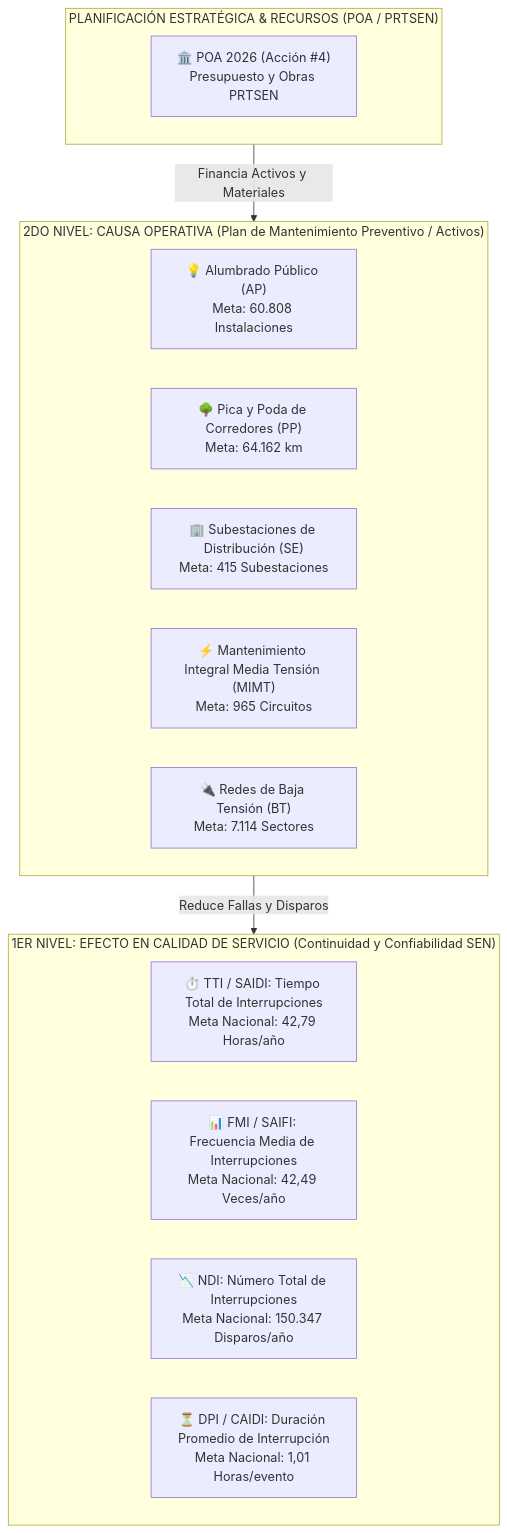
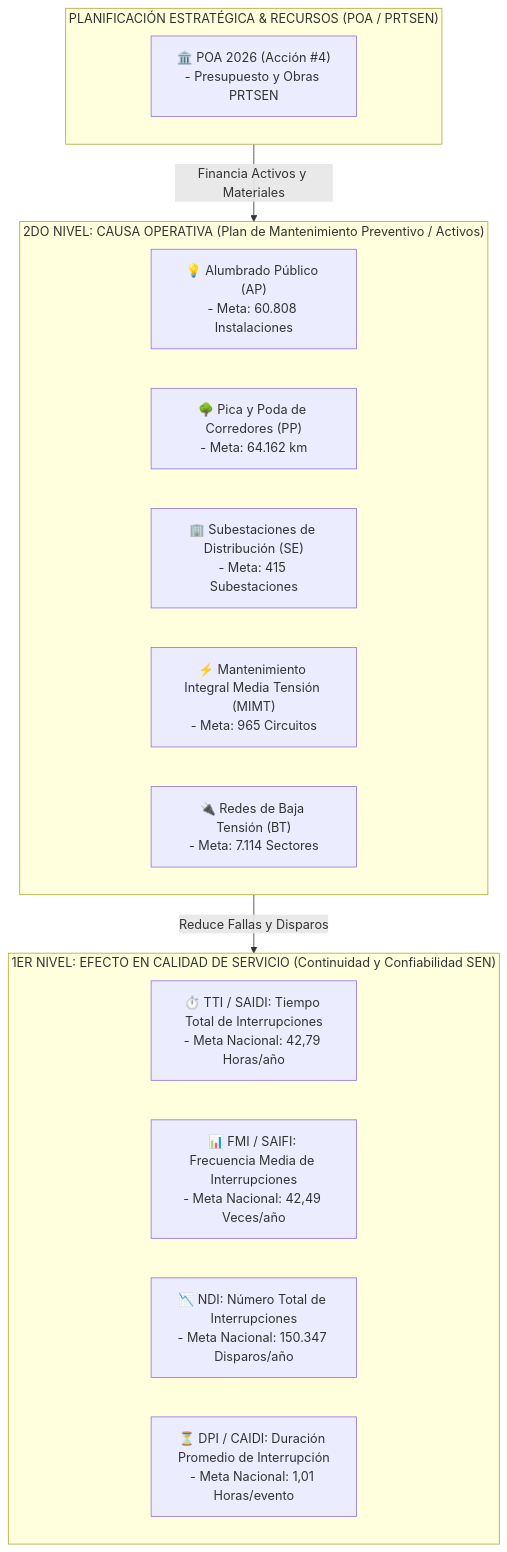
The diagram in docs/analisis_metas_2026.md (skidrowkodex-wq/ggpd_repositorio_maestro), drawn with Mermaid before and after one commit. The commit also changed 31 other files, not shown here.

````diff
--- a/docs/analisis_metas_2026.md
+++ b/docs/analisis_metas_2026.md
@@ -34,24 +34,34 @@
 ```mermaid
 graph TD
     subgraph SegundoNivel["2DO NIVEL: CAUSA OPERATIVA (Plan de Mantenimiento Preventivo / Activos)"]
-        AP["💡 Alumbrado Público (AP)<br/>Meta: 60.808 Instalaciones"]
-        PP["🌳 Pica y Poda de Corredores (PP)<br/>Meta: 64.162 km"]
-        SE["🏢 Subestaciones de Distribución (SE)<br/>Meta: 415 Subestaciones"]
-        MT["⚡ Mantenimiento Integral Media Tensión (MIMT)<br/>Meta: 965 Circuitos"]
-        BT["🔌 Redes de Baja Tensión (BT)<br/>Meta: 7.114 Sectores"]
+        AP["💡 Alumbrado Público (AP)
+- Meta: 60.808 Instalaciones"]
+        PP["🌳 Pica y Poda de Corredores (PP)
+- Meta: 64.162 km"]
+        SE["🏢 Subestaciones de Distribución (SE)
+- Meta: 415 Subestaciones"]
+        MT["⚡ Mantenimiento Integral Media Tensión (MIMT)
+- Meta: 965 Circuitos"]
+        BT["🔌 Redes de Baja Tensión (BT)
+- Meta: 7.114 Sectores"]
     end
 
     subgraph PrimerNivel["1ER NIVEL: EFECTO EN CALIDAD DE SERVICIO (Continuidad y Confiabilidad SEN)"]
-        TTI["⏱️ TTI / SAIDI: Tiempo Total de Interrupciones<br/>Meta Nacional: 42,79 Horas/año"]
-        FMI["📊 FMI / SAIFI: Frecuencia Media de Interrupciones<br/>Meta Nacional: 42,49 Veces/año"]
-        NDI["📉 NDI: Número Total de Interrupciones<br/>Meta Nacional: 150.347 Disparos/año"]
-        DPI["⏳ DPI / CAIDI: Duración Promedio de Interrupción<br/>Meta Nacional: 1,01 Horas/evento"]
+        TTI["⏱️ TTI / SAIDI: Tiempo Total de Interrupciones
+- Meta Nacional: 42,79 Horas/año"]
+        FMI["📊 FMI / SAIFI: Frecuencia Media de Interrupciones
+- Meta Nacional: 42,49 Veces/año"]
+        NDI["📉 NDI: Número Total de Interrupciones
+- Meta Nacional: 150.347 Disparos/año"]
+        DPI["⏳ DPI / CAIDI: Duración Promedio de Interrupción
+- Meta Nacional: 1,01 Horas/evento"]
     end
 
     subgraph FinanzasPOA["PLANIFICACIÓN ESTRATÉGICA & RECURSOS (POA / PRTSEN)"]
-        POA["🏛️ POA 2026 (Acción #4)<br/>Presupuesto y Obras PRTSEN"]
+        POA["🏛️ POA 2026 (Acción #4)
+- Presupuesto y Obras PRTSEN"]
     end
 
     FinanzasPOA -->|Financia Activos y Materiales| SegundoNivel
     SegundoNivel -->|Reduce Fallas y Disparos| PrimerNivel
 ```
````
